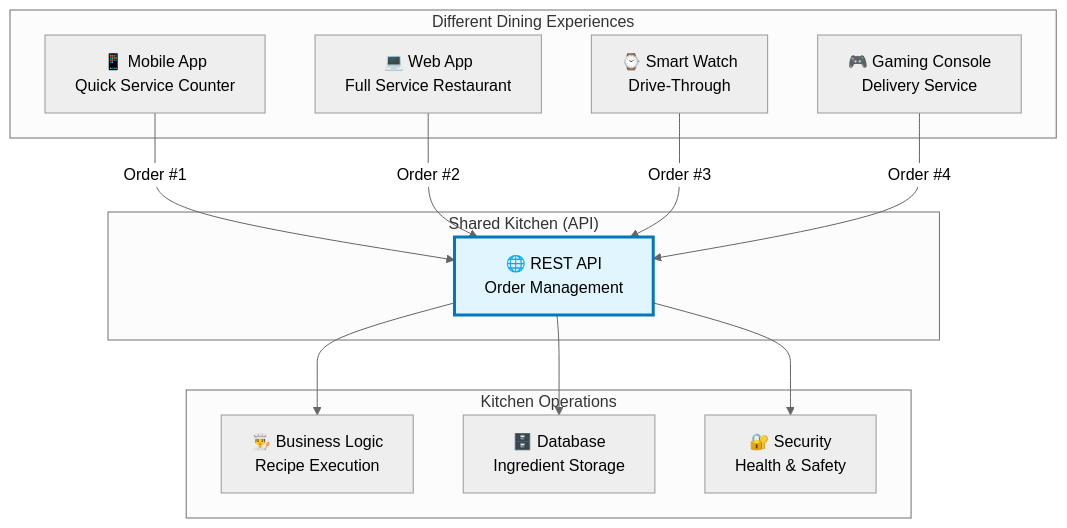
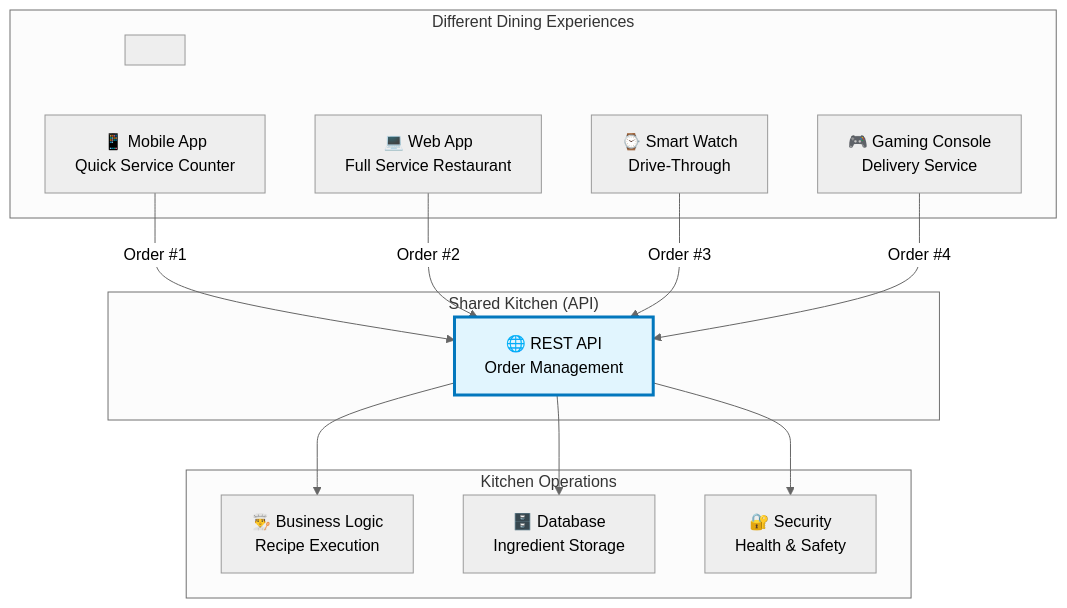
The sixth of 17 diagrams in app/docs/01_getting-started/a-start-what-is-restapi/page.mdx (ridwanspace/restful-fastapi-guideline), drawn with Mermaid (neutral theme) before and after one commit. The commit also changed other lines of this file, not shown here.

Commit message:
Docs: Improve Mermaid diagram rendering and layout
This commit updates Mermaid diagrams in the "What is a REST API?" documentation page:

- Escape quotation marks (e.g., "text" to `&quot;text&quot;`) in diagram labels to prevent rendering issues and ensure correct display.
- Add an invisible node to the "Different Dining Experiences" diagram to improve visual spacing between elements.

````diff
--- a/app/docs/01_getting-started/a-start-what-is-restapi/page.mdx
+++ b/app/docs/01_getting-started/a-start-what-is-restapi/page.mdx
@@ -333,30 +333,32 @@
 ```mermaid
 graph TD
     subgraph "Different Dining Experiences"
-        A[📱 Mobile App<br/>Quick Service Counter]
+        %% Invisible node for spacing
+        invisible_node[ ]
+        invisible_node ~~~ A[📱 Mobile App<br/>Quick Service Counter]
         B[💻 Web App<br/>Full Service Restaurant]
         C[⌚ Smart Watch<br/>Drive-Through]
         D[🎮 Gaming Console<br/>Delivery Service]
     end
     
     subgraph "Shared Kitchen (API)"
         E[🌐 REST API<br/>Order Management]
     end
     
     subgraph "Kitchen Operations"
         F[👨‍🍳 Business Logic<br/>Recipe Execution]
         G[🗄️ Database<br/>Ingredient Storage]
         H[🔐 Security<br/>Health & Safety]
     end
     
     A -->|Order #1| E
     B -->|Order #2| E
     C -->|Order #3| E
     D -->|Order #4| E
     
     E --> F
     E --> G
     E --> H
     
     style E fill:#e1f5fe,stroke:#0277bd,stroke-width:3px
 ```
````
